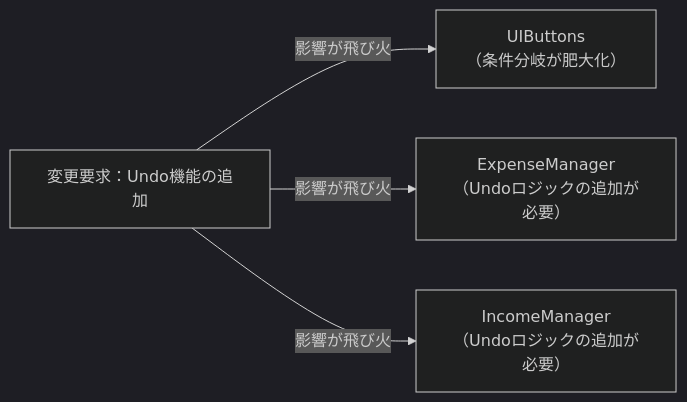
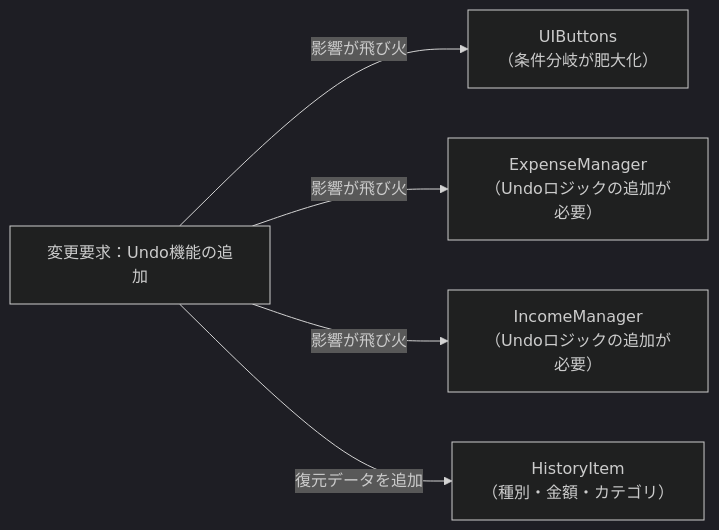
Before and after one commit to kumachan1101-pixel/DesignPattern: the eighth of 15 diagrams in kindle/design-patterns/output/chapter05.md, drawn with Mermaid (dark theme). The commit also changed other lines of this file and 13 other files, not shown here.

````diff
--- a/kindle/design-patterns/output/chapter05.md
+++ b/kindle/design-patterns/output/chapter05.md
@@ -771,8 +805,9 @@
 ```mermaid
 graph LR
     T1["変更要求：Undo機能の追加"]
         -->|"影響が飛び火"| A["UIButtons<br>（条件分岐が肥大化）"]
     T1 -->|"影響が飛び火"| B["ExpenseManager<br>（Undoロジックの追加が必要）"]
     T1 -->|"影響が飛び火"| C["IncomeManager<br>（Undoロジックの追加が必要）"]
+    T1 -->|"復元データを追加"| D["HistoryItem<br>（種別・金額・カテゴリ）"]
 
 ```
````
